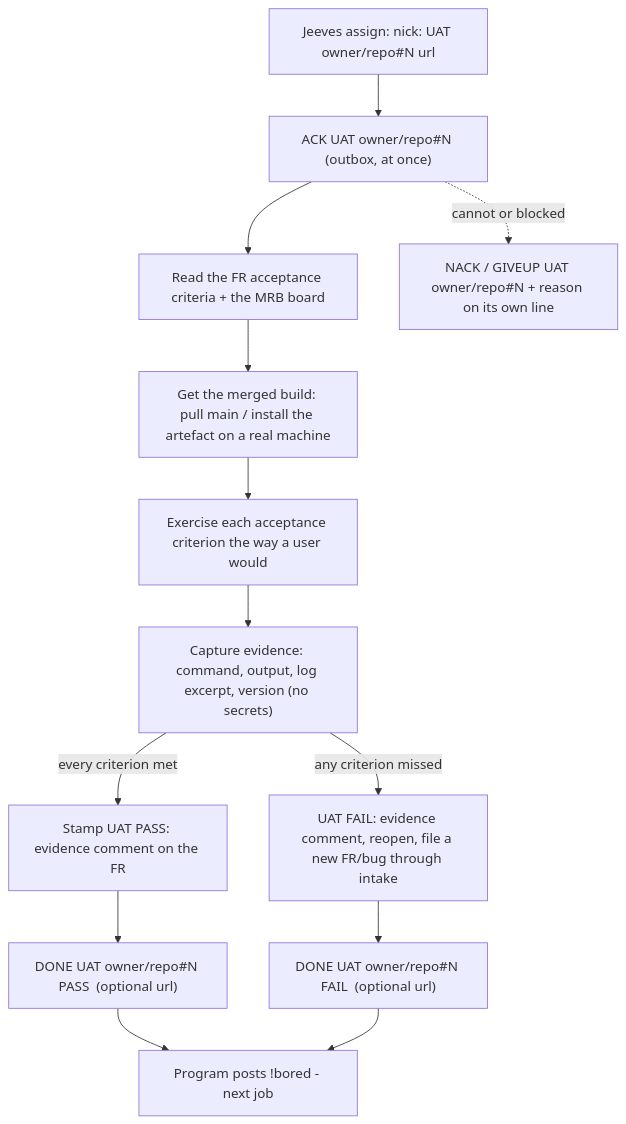
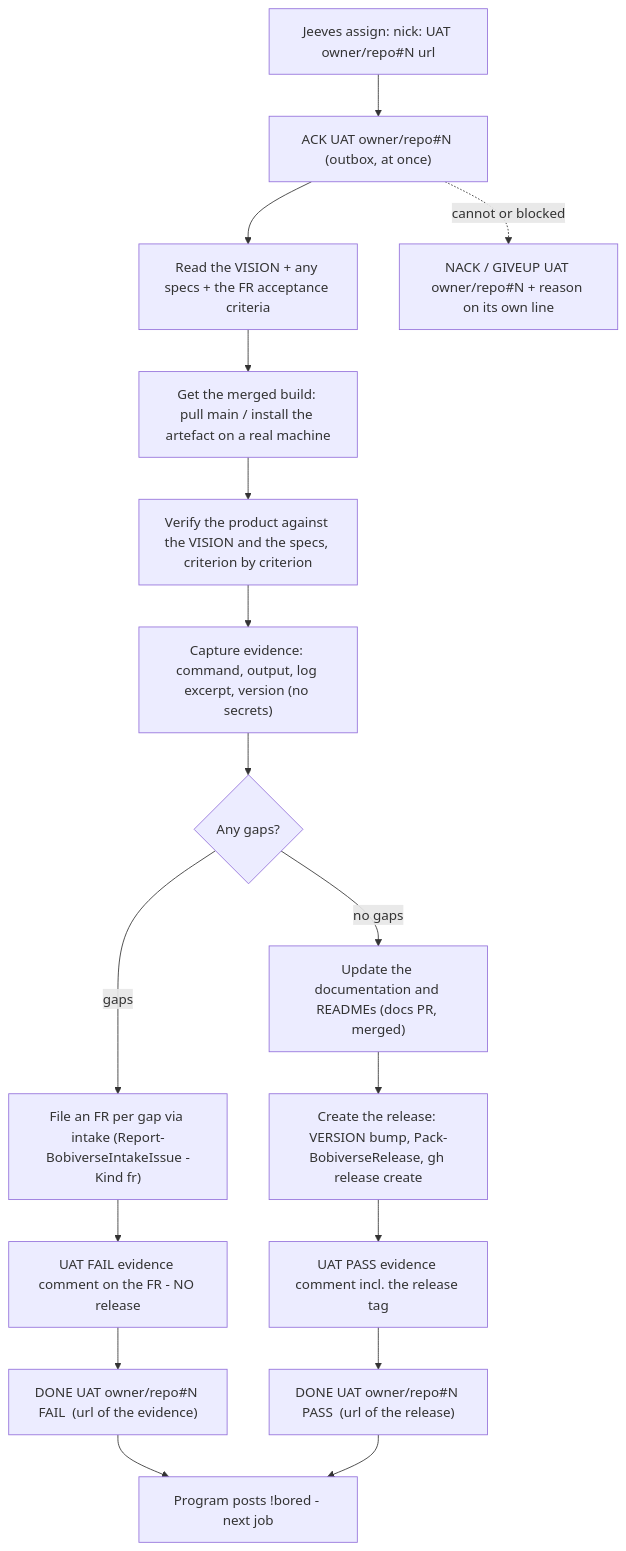
One commit to SimonBarnett/bobiverse changed the diagram in bob/.grok/skills/bobiverse-bob-job-uat/SKILL.md. Above: the diagram before and after it, drawn with Mermaid. The commit also changed other lines of this file and 17 other files, not shown here.

First line of the commit message:
Remote worker start over IRC, hard cap of 2 workers, Jeeves-only worker input, UAT = verify vs VISION (t810u t812u t815u t817u t820u)

````diff
--- a/bob/.grok/skills/bobiverse-bob-job-uat/SKILL.md
+++ b/bob/.grok/skills/bobiverse-bob-job-uat/SKILL.md
@@ -25,15 +25,19 @@
 ```mermaid
 flowchart TD
   A["Jeeves assign: nick: UAT owner/repo#N url"] --> B["ACK UAT owner/repo#N (outbox, at once)"]
-  B --> C["Read the FR acceptance criteria + the MRB board"]
+  B --> C["Read the VISION + any specs + the FR acceptance criteria"]
   C --> D["Get the merged build: pull main / install the artefact on a real machine"]
-  D --> E["Exercise each acceptance criterion the way a user would"]
+  D --> E["Verify the product against the VISION and the specs, criterion by criterion"]
   E --> F["Capture evidence: command, output, log excerpt, version (no secrets)"]
-  F -->|"every criterion met"| G["Stamp UAT PASS: evidence comment on the FR"]
-  F -->|"any criterion missed"| H["UAT FAIL: evidence comment, reopen, file a new FR/bug through intake"]
-  G --> I["DONE UAT owner/repo#N PASS  (optional url)"]
-  H --> J["DONE UAT owner/repo#N FAIL  (optional url)"]
-  I --> K["Program posts !bored - next job"]
-  J --> K
+  F --> G{"Any gaps?"}
+  G -->|"gaps"| H["File an FR per gap via intake (Report-BobiverseIntakeIssue -Kind fr)"]
+  H --> I["UAT FAIL evidence comment on the FR - NO release"]
+  I --> J["DONE UAT owner/repo#N FAIL  (url of the evidence)"]
+  G -->|"no gaps"| K["Update the documentation and READMEs (docs PR, merged)"]
+  K --> L["Create the release: VERSION bump, Pack-BobiverseRelease, gh release create"]
+  L --> M["UAT PASS evidence comment incl. the release tag"]
+  M --> N["DONE UAT owner/repo#N PASS  (url of the release)"]
+  J --> O["Program posts !bored - next job"]
+  N --> O
   B -. cannot or blocked .-> X["NACK / GIVEUP UAT owner/repo#N + reason on its own line"]
 ```
````
